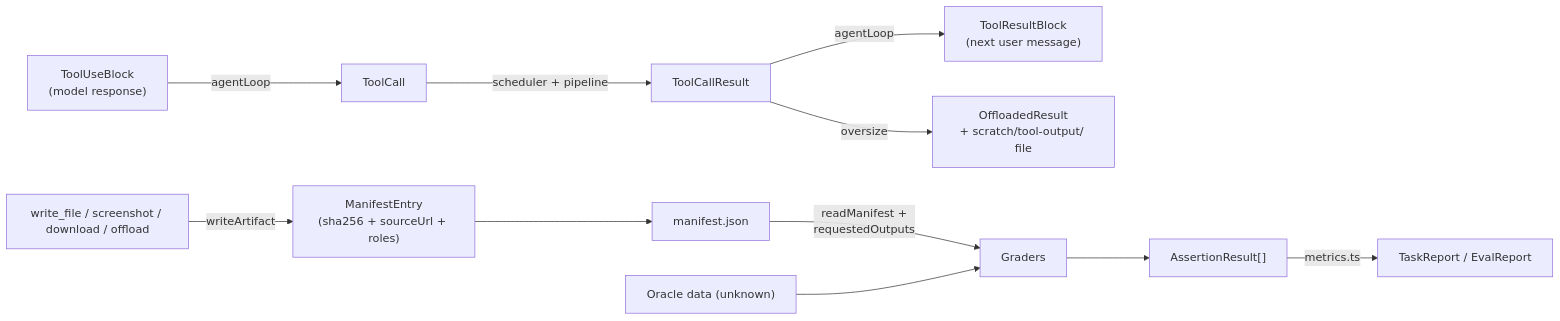
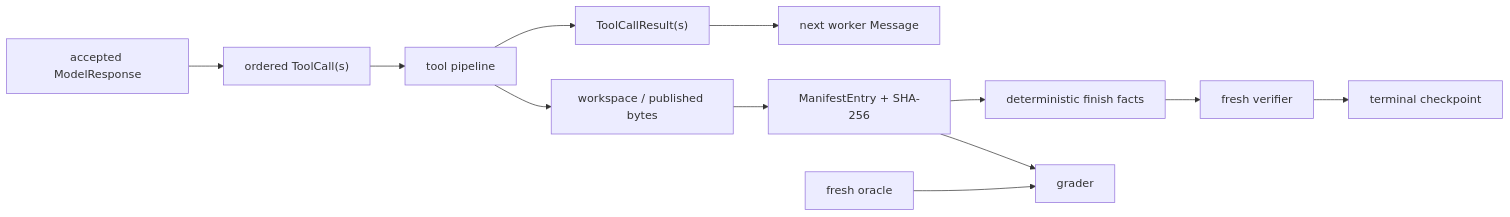
Before and after one commit to briosolivares/evidence-collection-agent: the second of 2 diagrams in .agents/summary/data_models.md, drawn with Mermaid. The commit also changed other lines of this file and 23 other files, not shown here.

Commit message:
docs: consolidate v3 architecture guidance

````diff
--- a/.agents/summary/data_models.md
+++ b/.agents/summary/data_models.md
@@ -134,13 +131,14 @@
 ```mermaid
 flowchart LR
-    TU["ToolUseBlock\n(model response)"] -->|"agentLoop"| TC["ToolCall"]
-    TC -->|"scheduler + pipeline"| TR["ToolCallResult"]
-    TR -->|"agentLoop"| TRB["ToolResultBlock\n(next user message)"]
-    TR -->|"oversize"| OFF["OffloadedResult\n+ scratch/tool-output/ file"]
-    TOOL["write_file / screenshot / download / offload"] -->|"writeArtifact"| ME["ManifestEntry\n(sha256 + sourceUrl + roles)"]
-    ME --> MAN["manifest.json"]
-    MAN -->|"readManifest +\nrequestedOutputs"| GR["Graders"]
-    OR["Oracle data (unknown)"] --> GR
-    GR --> AR["AssertionResult[]"]
-    AR -->|"metrics.ts"| REP["TaskReport / EvalReport"]
+    MR["accepted ModelResponse"] --> CALL["ordered ToolCall(s)"]
+    CALL --> PIPE["tool pipeline"]
+    PIPE --> RES["ToolCallResult(s)"]
+    RES --> MSG["next worker Message"]
+    PIPE --> FILE["workspace / published bytes"]
+    FILE --> MAN["ManifestEntry + SHA-256"]
+    MAN --> CHECK["deterministic finish facts"]
+    CHECK --> VER["fresh verifier"]
+    VER --> TERM["terminal checkpoint"]
+    MAN --> GRADER["grader"]
+    ORACLE["fresh oracle"] --> GRADER
 ```
````
